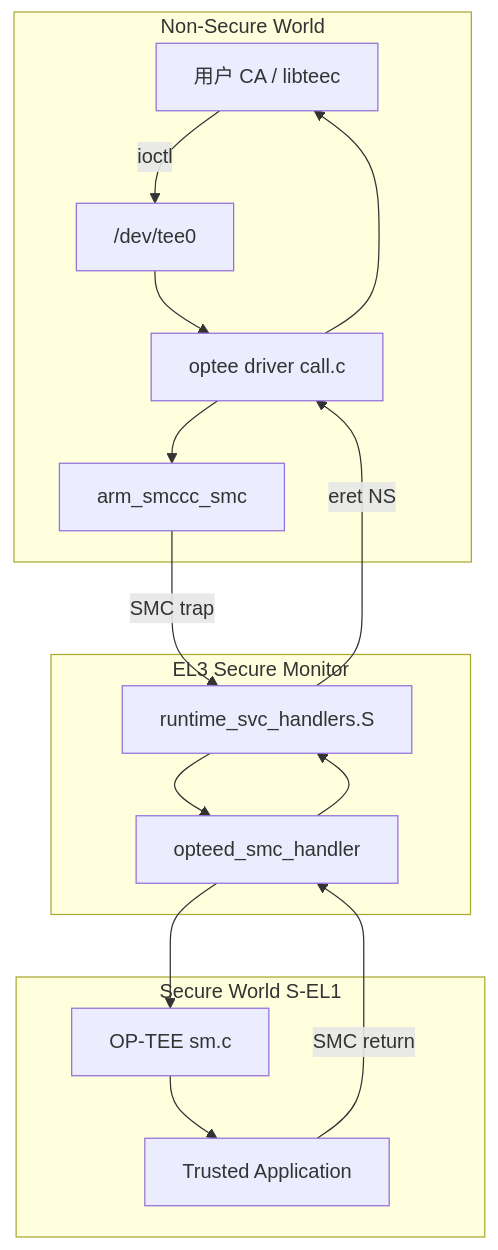
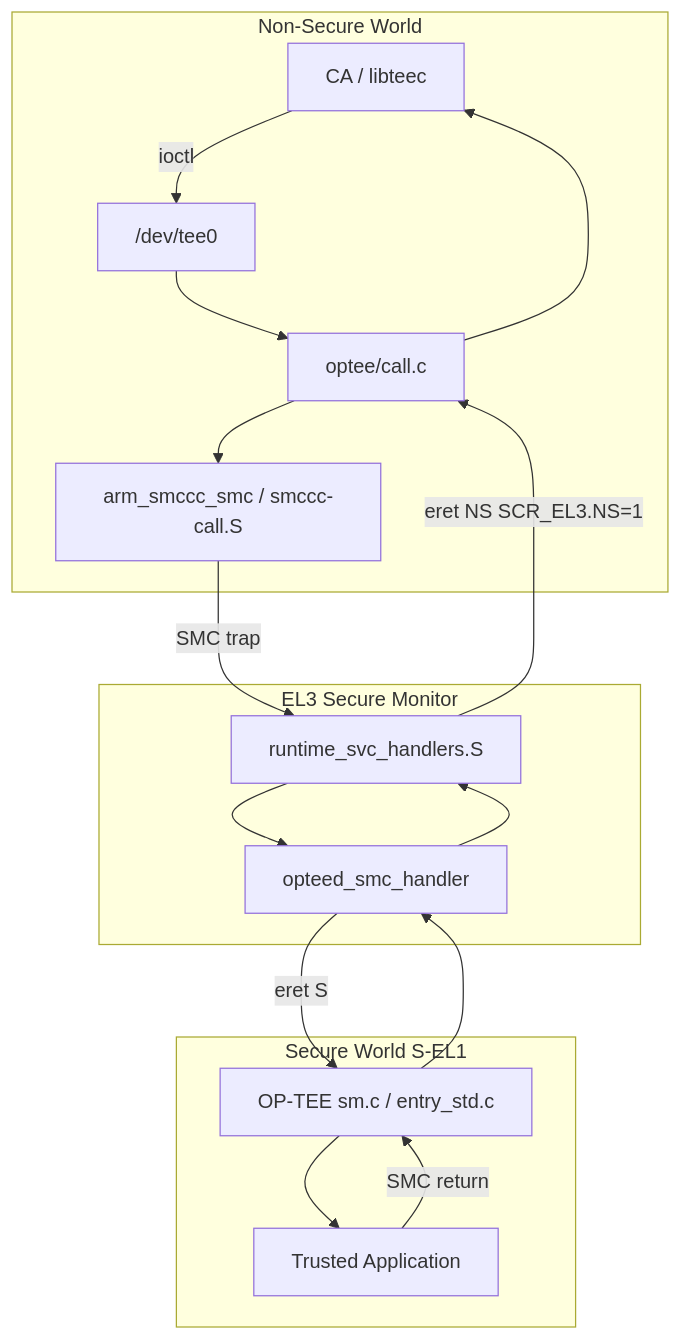
One commit to yanggan2015/knowledge-json-v2 changed the second of 3 diagrams in articles/csdn-merged/嵌入式系统-ATF-TEE-REE与ARM异常级别EL安全体系完整篇.md. Above: the diagram before and after it, drawn with Mermaid. The commit also changed other lines of this file and 3 other files, not shown here.

````diff
--- a/articles/csdn-merged/嵌入式系统-ATF-TEE-REE与ARM异常级别EL安全体系完整篇.md
+++ b/articles/csdn-merged/嵌入式系统-ATF-TEE-REE与ARM异常级别EL安全体系完整篇.md
@@ -88,23 +94,24 @@
 ```mermaid
 flowchart TB
     subgraph NS["Non-Secure World"]
-        APP[用户 CA / libteec] -->|ioctl| TEE0["/dev/tee0"]
-        TEE0 --> OPTEE_DRV[optee driver call.c]
-        OPTEE_DRV --> SMCCC[arm_smccc_smc]
+        APP[CA / libteec] -->|ioctl| TEE0["/dev/tee0"]
+        TEE0 --> OPTEE_DRV[optee/call.c]
+        OPTEE_DRV --> SMCCC[arm_smccc_smc / smccc-call.S]
     end
 
     subgraph EL3["EL3 Secure Monitor"]
-        SMCCC -->|SMC trap| BL31_HANDLER[runtime_svc_handlers.S]
-        BL31_HANDLER --> SPD[opteed_smc_handler]
+        SMCCC -->|SMC trap| BL31[runtime_svc_handlers.S]
+        BL31 --> SPD[opteed_smc_handler]
     end
 
     subgraph S["Secure World S-EL1"]
-        SPD --> OPTEE_ENTRY[OP-TEE sm.c]
-        OPTEE_ENTRY --> TA[Trusted Application]
+        SPD -->|eret S| OPTEE[OP-TEE sm.c / entry_std.c]
+        OPTEE --> TA[Trusted Application]
     end
 
-    TA -->|SMC return| SPD
-    SPD --> BL31_HANDLER
-    BL31_HANDLER -->|eret NS| OPTEE_DRV
+    TA -->|SMC return| OPTEE
+    OPTEE --> SPD
+    SPD --> BL31
+    BL31 -->|eret NS SCR_EL3.NS=1| OPTEE_DRV
     OPTEE_DRV --> APP
 ```
````
